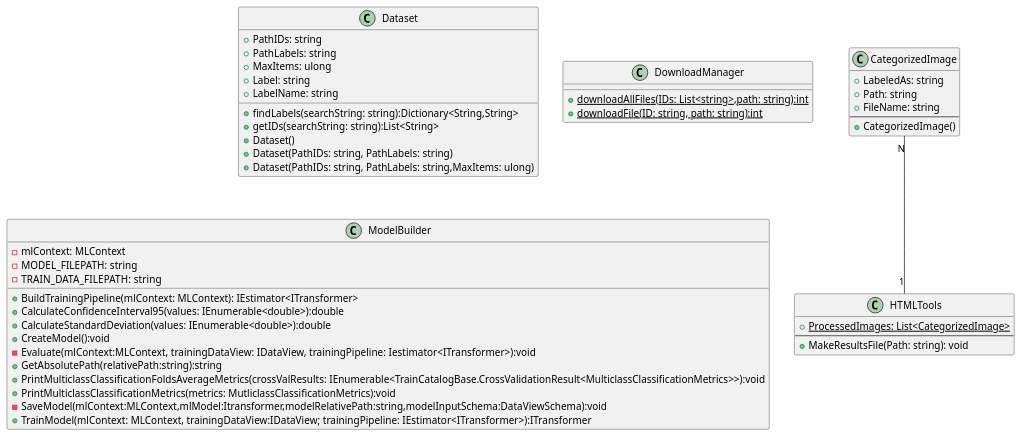
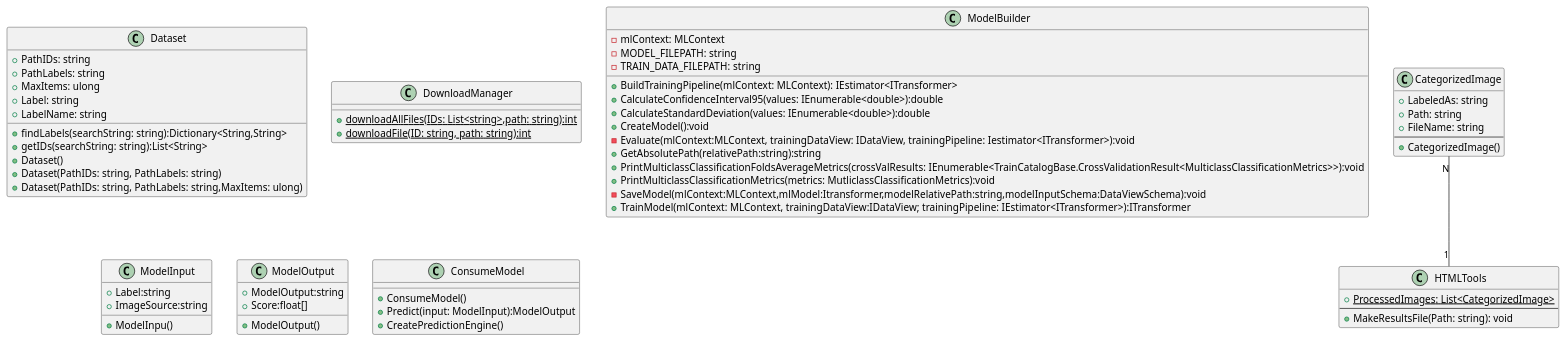
One commit to AlexKOrSo/AP_Kaufmann-Mende changed the diagram in PlantUML/ClassDesign.puml. Above: the diagram before and after it, drawn with PlantUML.

```diff
--- a/PlantUML/ClassDesign.puml
+++ b/PlantUML/ClassDesign.puml
@@ -1,48 +1,66 @@
 class Dataset{
     +PathIDs: string
     +PathLabels: string
     +MaxItems: ulong
     +Label: string
     +LabelName: string
     
     +findLabels(searchString: string):Dictionary<String,String>
     +getIDs(searchString: string):List<String>
     +Dataset()
     +Dataset(PathIDs: string, PathLabels: string)
     +Dataset(PathIDs: string, PathLabels: string,MaxItems: ulong)
 }
 class DownloadManager{
     +{static} downloadAllFiles(IDs: List<string>,path: string):int
     +{static} downloadFile(ID: string, path: string):int
 }
 
 class ModelBuilder{
     -mlContext: MLContext
     -MODEL_FILEPATH: string
     -TRAIN_DATA_FILEPATH: string
     +BuildTrainingPipeline(mlContext: MLContext): IEstimator<ITransformer>
     +CalculateConfidenceInterval95(values: IEnumerable<double>):double
     +CalculateStandardDeviation(values: IEnumerable<double>):double
     +CreateModel():void
     -Evaluate(mlContext:MLContext, trainingDataView: IDataView, trainingPipeline: Iestimator<ITransformer>):void
     +GetAbsolutePath(relativePath:string):string
     +PrintMulticlassClassificationFoldsAverageMetrics(crossValResults: IEnumerable<TrainCatalogBase.CrossValidationResult<MulticlassClassificationMetrics>>):void
     +PrintMulticlassClassificationMetrics(metrics: MutliclassClassificationMetrics):void
     -SaveModel(mlContext:MLContext,mlModel:Itransformer,modelRelativePath:string,modelInputSchema:DataViewSchema):void
     +TrainModel(mlContext: MLContext, trainingDataView:IDataView; trainingPipeline: IEstimator<ITransformer>):ITransformer
 }
 class CategorizedImage{
 +LabeledAs: string
 +Path: string
 +FileName: string
 --
 +CategorizedImage()
 }
 
 class HTMLTools{
 +{static} ProcessedImages: List<CategorizedImage>
 --
 +MakeResultsFile(Path: string): void
 }
 
+class ModelInput{
+    +Label:string
+    +ImageSource:string
+    +ModelInpu()
+}
+
+class ModelOutput{
+    +ModelOutput:string
+    +Score:float[]
+    +ModelOutput()
+}
+
+class ConsumeModel{
+    +ConsumeModel()
+    +Predict(input: ModelInput):ModelOutput
+    +CreatePredictionEngine()
+}
+
 CategorizedImage "N" -- "1" HTMLTools
```
